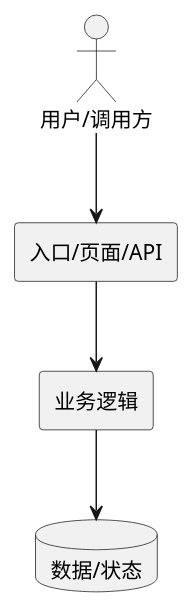
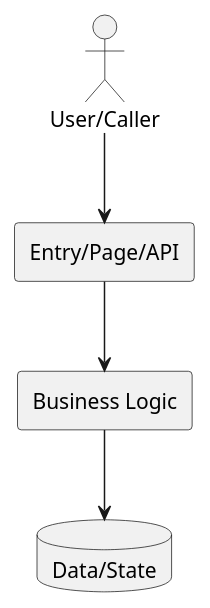
One commit to Timetraps-x/code-loom changed the first of 3 diagrams in codeloom/templates/plan-template.md. Above: the diagram before and after it, drawn with PlantUML. The commit also changed other lines of this file and 17 other files, not shown here.

````diff
--- a/codeloom/templates/plan-template.md
+++ b/codeloom/templates/plan-template.md
@@ -33,12 +33,12 @@
 ```plantuml
 @startuml
 skinparam componentStyle rectangle
-actor "用户/调用方" as User
-component "入口/页面/API" as Entry
-component "业务逻辑" as Service
-database "数据/状态" as DB
+actor "User/Caller" as User
+component "Entry/Page/API" as Entry
+component "Business Logic" as Service
+database "Data/State" as DB
 User --> Entry
 Entry --> Service
 Service --> DB
 @enduml
 ```
````
